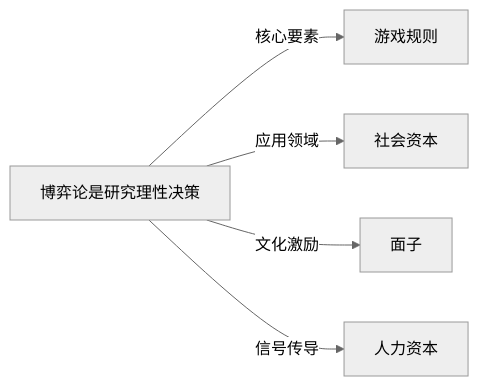
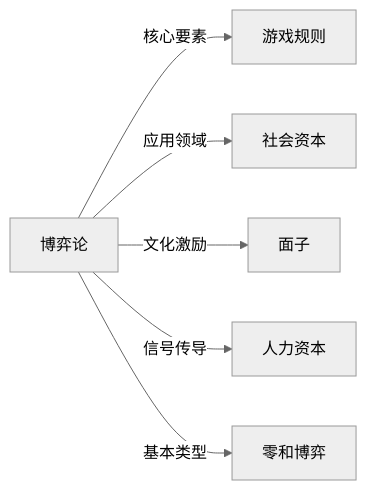
One commit to KIMMCHOW/MyKnowledge changed the diagram in Knowledge/Concepts/数学/博弈论.md. Above: the diagram before and after it, drawn with Mermaid (neutral theme). The commit also changed 96 other files, not shown here.

Commit message:
fix: 修复概念页关系图节点并补齐缺失关联

````diff
--- a/Knowledge/Concepts/数学/博弈论.md
+++ b/Knowledge/Concepts/数学/博弈论.md
@@ -46,7 +46,8 @@
 ```mermaid
 graph LR
-    博弈论是研究理性决策 -->|核心要素| 游戏规则
-    博弈论是研究理性决策 -->|应用领域| 社会资本
-    博弈论是研究理性决策 -->|文化激励| 面子
-    博弈论是研究理性决策 -->|信号传导| 人力资本
+博弈论 -->|核心要素| 游戏规则
+博弈论 -->|应用领域| 社会资本
+博弈论 -->|文化激励| 面子
+博弈论 -->|信号传导| 人力资本
+博弈论 -->|基本类型| 零和博弈
 ```
````
